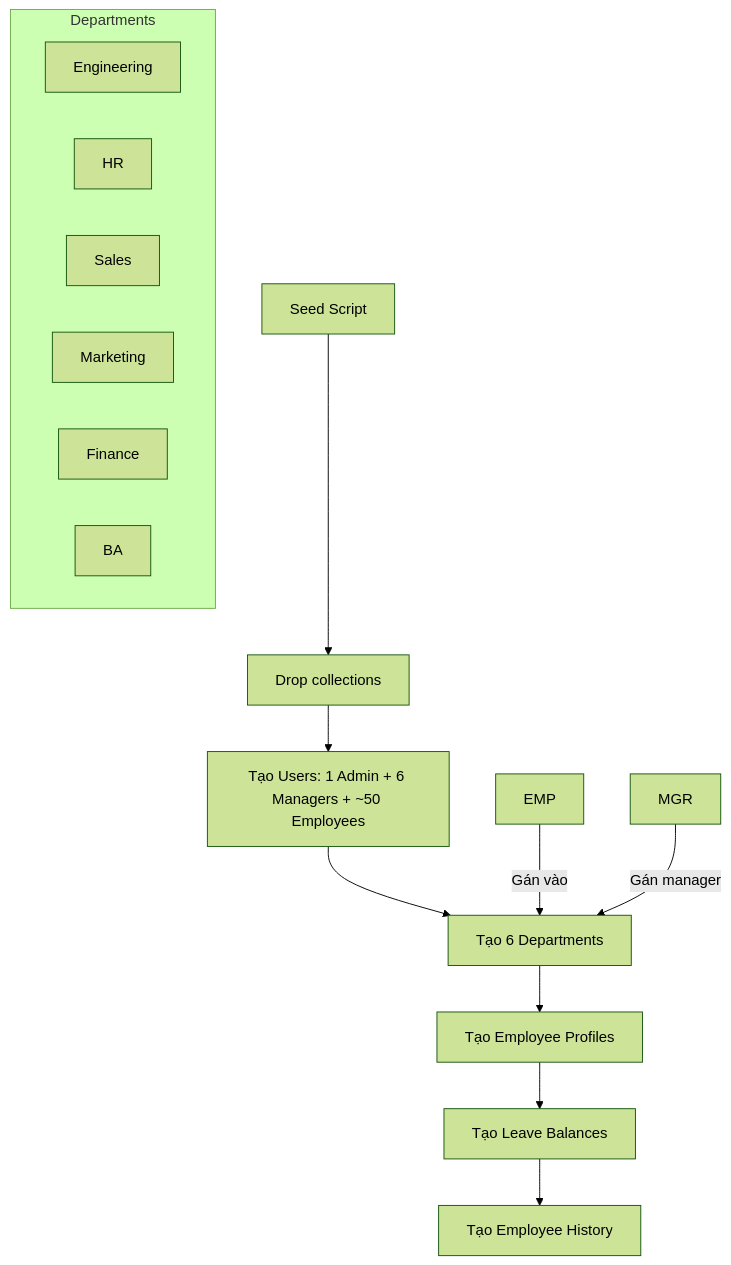
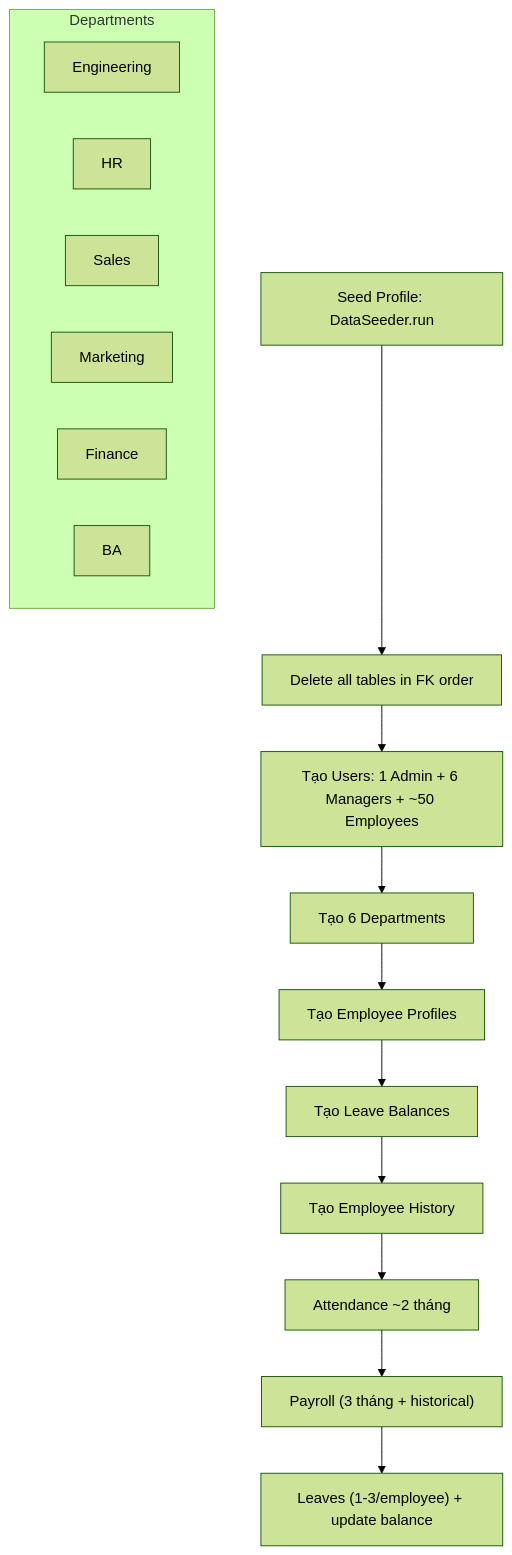
One commit to nghiaxh/hr-management changed the seventh of 24 diagrams in docs/SDD.md. Above: the diagram before and after it, drawn with Mermaid (forest theme). The commit also changed other lines of this file and 3 other files, not shown here.

````diff
--- a/docs/SDD.md
+++ b/docs/SDD.md
@@ -535,15 +533,16 @@
 ```mermaid
 graph TB
-    SEED[Seed Script] --> DROP[Drop collections]
+    SEED[Seed Profile: DataSeeder.run] --> DROP[Delete all tables in FK order]
     DROP --> USERS[Tạo Users: 1 Admin + 6 Managers + ~50 Employees]
     USERS --> DEPTS[Tạo 6 Departments]
     subgraph Departments
         D1[Engineering] & D2[HR] & D3[Sales]
         D4[Marketing] & D5[Finance] & D6[BA]
     end
     DEPTS --> EMPPROF[Tạo Employee Profiles]
     EMPPROF --> LB[Tạo Leave Balances]
     LB --> HIST[Tạo Employee History]
-    EMP -->|Gán vào| DEPTS
-    MGR -->|Gán manager| DEPTS
+    HIST --> ATT[Attendance ~2 tháng]
+    ATT --> PAYROLL["Payroll (3 tháng + historical)"]
+    PAYROLL --> LEAVES["Leaves (1-3/employee) + update balance"]
 ```
````
